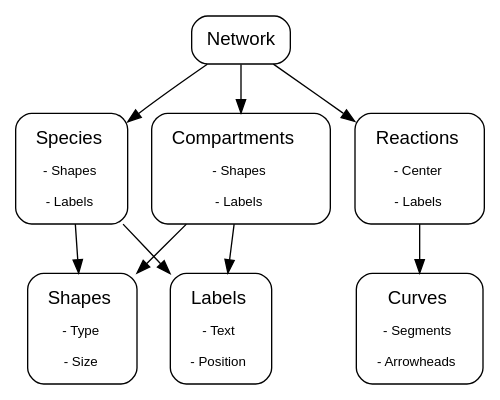
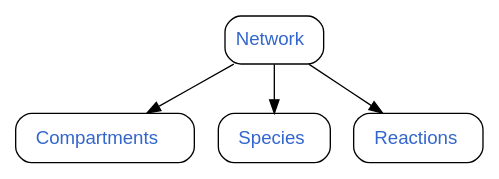
One commit to sys-bio/SBMLNetwork changed the first of 6 diagrams in docs/api_reference/python_api_index.rst. Above: the diagram before and after it, drawn with Graphviz. The commit also changed other lines of this file and 13 other files, not shown here.

Commit message:
add documentation for Python API

```diff
--- a/docs/api_reference/python_api_index.rst
+++ b/docs/api_reference/python_api_index.rst
@@ -35,135 +28,53 @@
 .. graphviz::
-   :caption: High-Level API Architecture
+   :align: center
 
    digraph sbml_network {
-    rankdir=TB;
-    node [shape=record, style=rounded, fontname=Helvetica];
+     rankdir=TB;
+     node [shape=record, style=rounded, fontname=Helvetica];
 
-    Network [label="Network"];
-    Compartments [
-        label=<
-            <table border="0" cellborder="0" cellpadding="5">
-                <tr>
-                    <td>Compartments</td>
-                </tr>
-                <tr>
-                    <td><font point-size="10">- Shapes</font></td>
-                </tr>
-                <tr>
-                    <td><font point-size="10">- Labels</font></td>
-                </tr>
-            </table>
-        >,
-        shape=record,
-        style=rounded,
-        URL="http://compartments-info.com",
-        tooltip="Click for more compartment details"
-    ];
-    Species [
-        label=<
-            <table border="0" cellborder="0" cellpadding="5">
-                <tr>
-                    <td>Species</td>
-                </tr>
-                <tr>
-                    <td><font point-size="10">- Shapes</font></td>
-                </tr>
-                <tr>
-                    <td><font point-size="10">- Labels</font></td>
-                </tr>
-            </table>
-        >,
-        shape=record,
-        style=rounded,
-        URL="http://species-info.com",
-        tooltip="Click for more species details"
-    ];
-    Reactions [
-        label=<
-            <table border="0" cellborder="0" cellpadding="5">
-                <tr>
-                    <td>Reactions</td>
-                </tr>
-                <tr>
-                    <td><font point-size="10">- Center</font></td>
-                </tr>
-                <tr>
-                    <td><font point-size="10">- Labels</font></td>
-                </tr>
-            </table>
-        >,
-        shape=record,
-        style=rounded,
-        URL="http://reactions-info.com",
-        tooltip="Click for more reaction details"
-    ];
-    Curves [
-        label=<
-            <table border="0" cellborder="0" cellpadding="5">
-                <tr>
-                    <td>Curves</td>
-                </tr>
-                <tr>
-                    <td><font point-size="10">- Segments</font></td>
-                </tr>
-                <tr>
-                    <td><font point-size="10">- Arrowheads</font></td>
-                </tr>
-            </table>
-        >,
-        shape=record,
-        style=rounded,
-        URL="http://curves-info.com",
-        tooltip="Click for more curve details"
-    ];
-    Labels [
-        label=<
-            <table border="0" cellborder="0" cellpadding="5">
-                <tr>
-                    <td>Labels</td>
-                </tr>
-                <tr>
-                    <td><font point-size="10">- Text</font></td>
-                </tr>
-                <tr>
-                    <td><font point-size="10">- Position</font></td>
-                </tr>
-            </table>
-        >,
-        shape=record,
-        style=rounded,
-        URL="http://labels-info.com",
-        tooltip="Click for more label details"
-    ];
-    Shapes [
-        label=<
-            <table border="0" cellborder="0" cellpadding="5">
-                <tr>
-                    <td>Shapes</td>
-                </tr>
-                <tr>
-                    <td><font point-size="10">- Type</font></td>
-                </tr>
-                <tr>
-                    <td><font point-size="10">- Size</font></td>
-                </tr>
-            </table>
-        >,
-        shape=record,
-        style=rounded,
-        URL="http://shapes-info.com",
-        tooltip="Click for more shape details"
-    ];
+     Network [
+       label=< <font color="#3366cc">Network</font> >,
+       URL="python_api_reference/network.html",
+       tooltip="Click for more network details"
+     ];
 
-    Network -> Compartments;
-    Compartments -> Labels;
-    Compartments -> Shapes;
-    Network -> Species;
-    Species -> Labels;
-    Species -> Shapes;
-    Network -> Reactions;
-    Reactions -> Curves;
+     Compartments [
+       label=<
+         <table border="0" cellborder="0" cellpadding="5">
+           <tr><td><font color="#3366cc">Compartments</font></td></tr>
+         </table>
+       >,
+       shape=record,
+       style=rounded,
+       URL="python_api_reference/compartment.html",
+       tooltip="Click for more compartment details"
+     ];
 
+     Species [
+       label=<
+         <table border="0" cellborder="0" cellpadding="5">
+           <tr><td><font color="#3366cc">Species</font></td></tr>
+         </table>
+       >,
+       shape=record,
+       style=rounded,
+       URL="python_api_reference/species.html",
+       tooltip="Click for more species details"
+     ];
 
+     Reactions [
+       label=<
+         <table border="0" cellborder="0" cellpadding="5">
+           <tr><td><font color="#3366cc">Reactions</font></td></tr>
+         </table>
+       >,
+       shape=record,
+       style=rounded,
+       URL="python_api_reference/reaction.html",
+       tooltip="Click for more reaction details"
+     ];
 
+     Network -> Compartments;
+     Network -> Species;
+     Network -> Reactions;
    }
```
